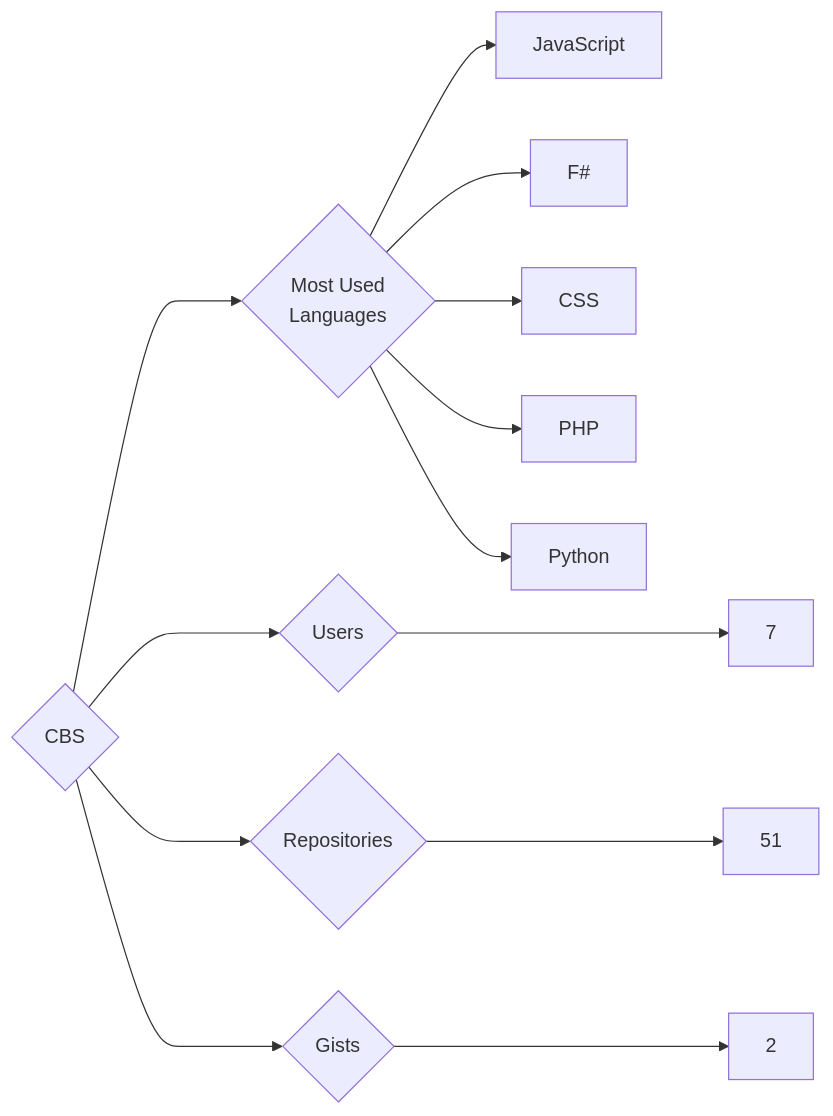
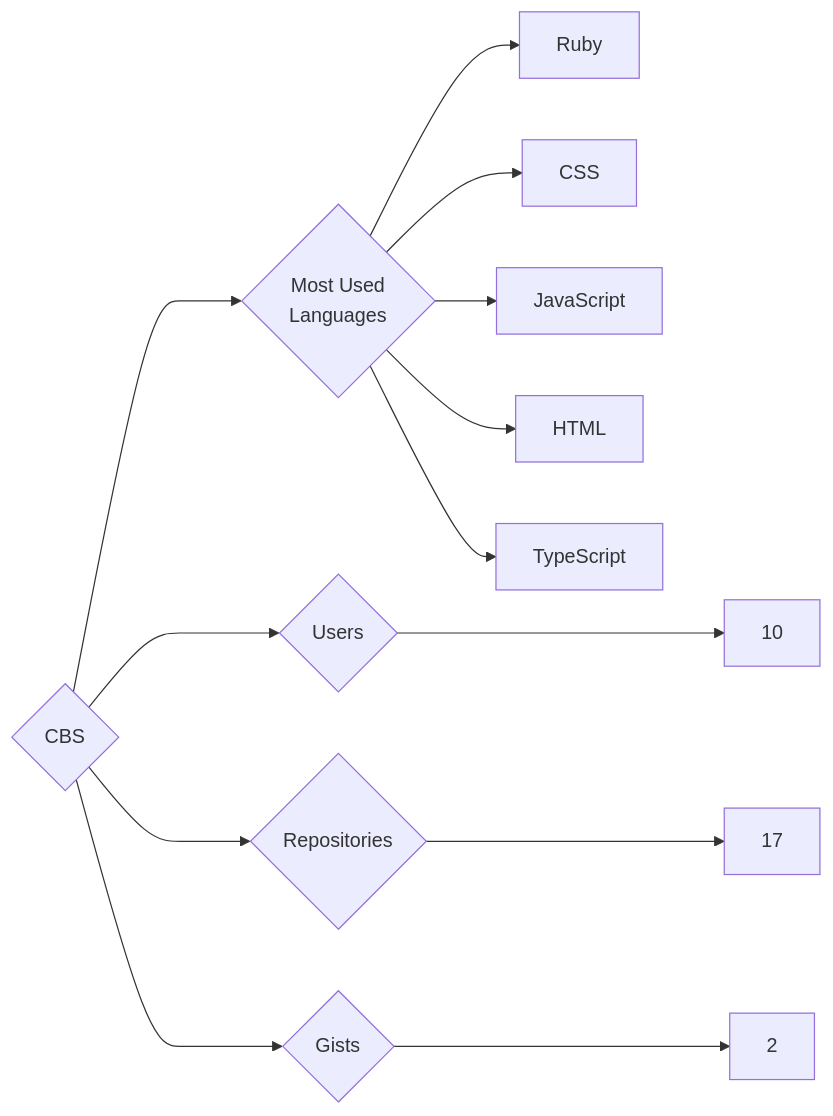
The diagram in targets/CBS/README.md (trickest/insiders), drawn with Mermaid before and after one commit. The commit also changed 633 other files, not shown here.

````diff
--- a/targets/CBS/README.md
+++ b/targets/CBS/README.md
@@ -3,13 +3,13 @@
 ```mermaid
 graph LR
 COMPANY_NAME{CBS}
-COMPANY_NAME ---> U{Users} ---> UN[7]
-COMPANY_NAME ---> R{Repositories} ---> RN[51]
+COMPANY_NAME ---> U{Users} ---> UN[10]
+COMPANY_NAME ---> R{Repositories} ---> RN[17]
 COMPANY_NAME ---> G{Gists} ---> GN[2]
 COMPANY_NAME ---> ML{Most Used<br>Languages}
+ML --> Ruby[Ruby]
+ML --> CSS[CSS]
 ML --> JavaScript[JavaScript]
-ML --> F#[F#]
-ML --> CSS[CSS]
-ML --> PHP[PHP]
-ML --> Python[Python]
+ML --> HTML[HTML]
+ML --> TypeScript[TypeScript]
 ```
````
